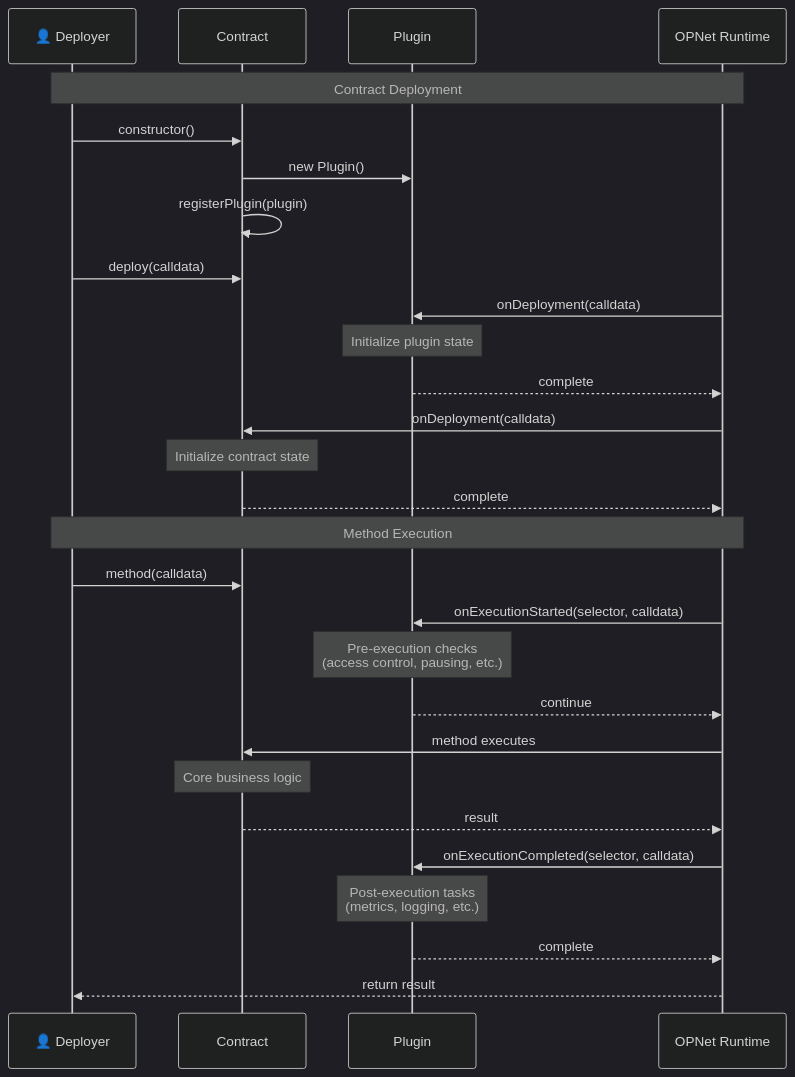
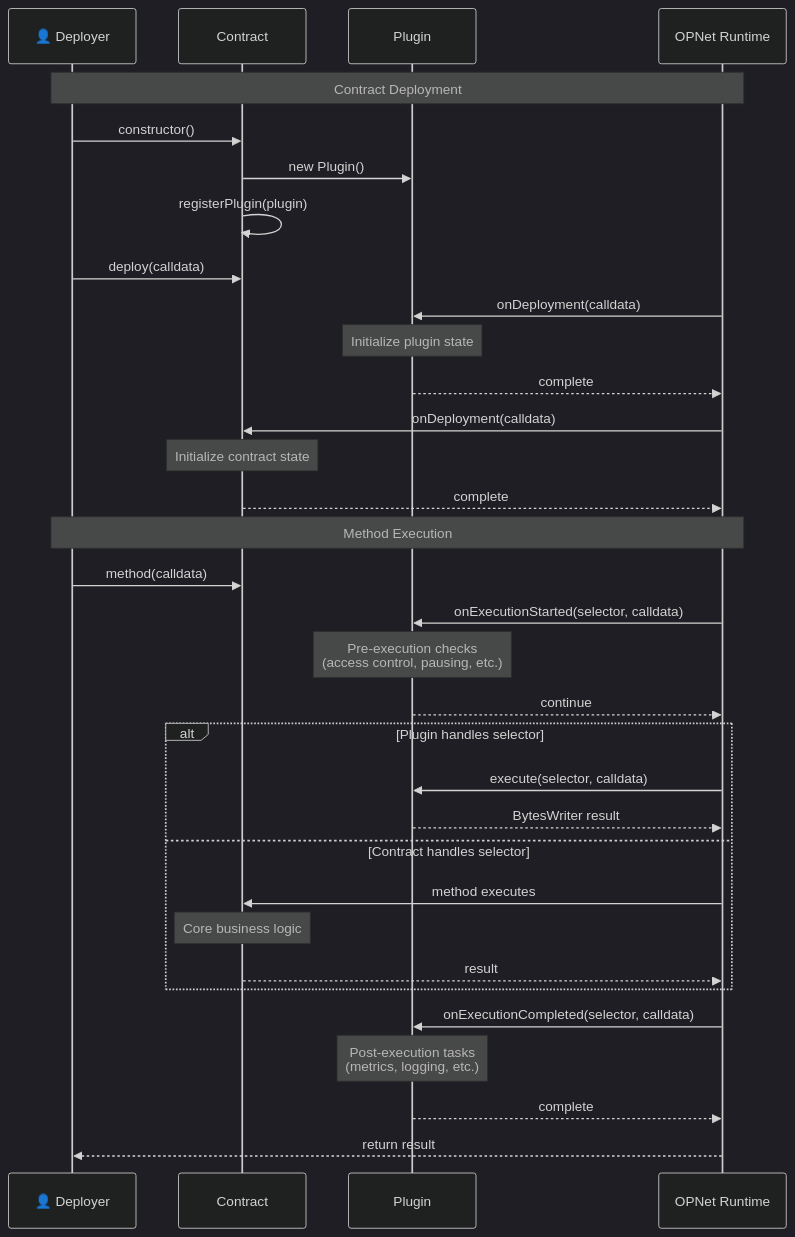
One commit to btc-vision/btc-runtime changed the first of 4 diagrams in docs/advanced/plugins.md. Above: the diagram before and after it, drawn with Mermaid. The commit also changed other lines of this file and 2 other files, not shown here.

First line of the commit message:
Document plugin lifecycle and generic read/write methods

````diff
--- a/docs/advanced/plugins.md
+++ b/docs/advanced/plugins.md
@@ -33,42 +42,47 @@
 ```mermaid
 ---
 config:
   theme: dark
 ---
 sequenceDiagram
     participant Deployer as 👤 Deployer
     participant Contract as Contract
     participant Plugin as Plugin
     participant Blockchain as OPNet Runtime
 
     Note over Deployer,Blockchain: Contract Deployment
     Deployer->>Contract: constructor()
     Contract->>Plugin: new Plugin()
     Contract->>Contract: registerPlugin(plugin)
 
     Deployer->>Contract: deploy(calldata)
     Blockchain->>Plugin: onDeployment(calldata)
     Note over Plugin: Initialize plugin state
     Plugin-->>Blockchain: complete
 
     Blockchain->>Contract: onDeployment(calldata)
     Note over Contract: Initialize contract state
     Contract-->>Blockchain: complete
 
     Note over Deployer,Blockchain: Method Execution
     Deployer->>Contract: method(calldata)
 
     Blockchain->>Plugin: onExecutionStarted(selector, calldata)
     Note over Plugin: Pre-execution checks<br/>(access control, pausing, etc.)
     Plugin-->>Blockchain: continue
 
-    Blockchain->>Contract: method executes
-    Note over Contract: Core business logic
-    Contract-->>Blockchain: result
+    alt Plugin handles selector
+        Blockchain->>Plugin: execute(selector, calldata)
+        Plugin-->>Blockchain: BytesWriter result
+    else Contract handles selector
+        Blockchain->>Contract: method executes
+        Note over Contract: Core business logic
+        Contract-->>Blockchain: result
+    end
 
     Blockchain->>Plugin: onExecutionCompleted(selector, calldata)
     Note over Plugin: Post-execution tasks<br/>(metrics, logging, etc.)
     Plugin-->>Blockchain: complete
 
     Blockchain-->>Deployer: return result
 ```
````
